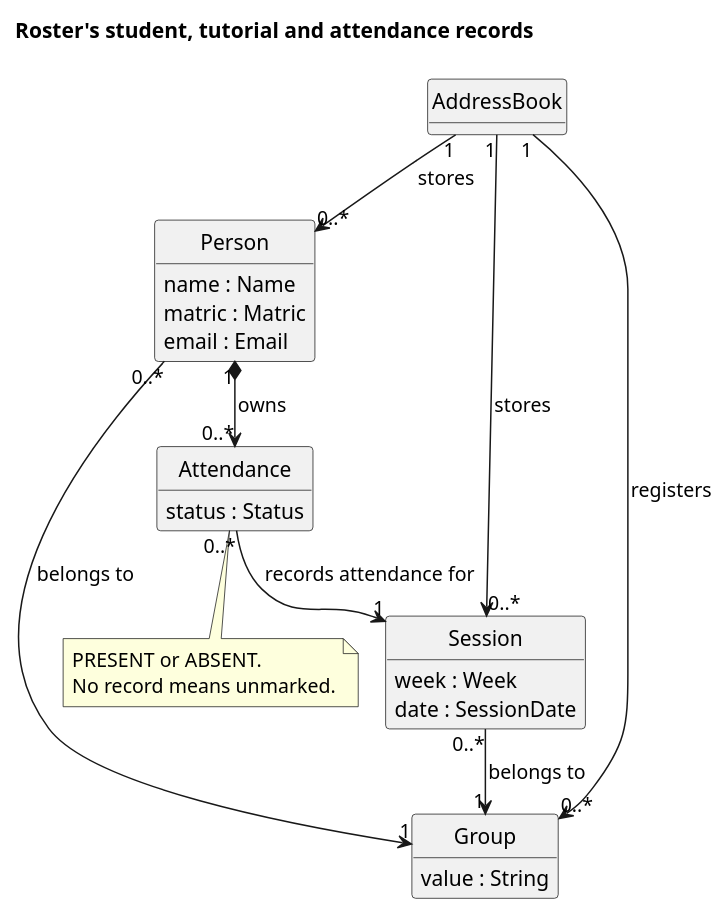
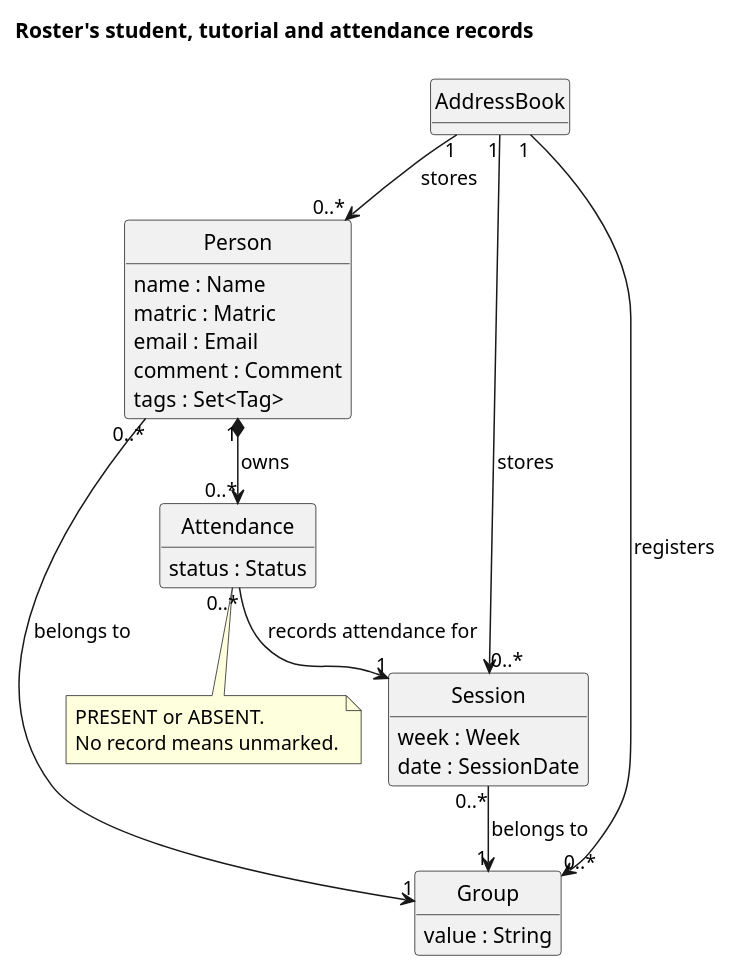
Before and after one commit to AY2627S1-CS2103T-F12-4/tp: the diagram in docs/diagrams/RosterModelClassDiagram.puml, drawn with PlantUML. The commit also changed 11 other files, not shown here.

First line of the commit message:
Update UML diagrams to match v1.4

```diff
--- a/docs/diagrams/RosterModelClassDiagram.puml
+++ b/docs/diagrams/RosterModelClassDiagram.puml
@@ -1,35 +1,37 @@
 @startuml
 !pragma layout smetana
 skinparam Shadowing false
 skinparam ClassAttributeIconSize 0
 hide methods
 hide circle
 title Roster's student, tutorial and attendance records
 class AddressBook
 class Person {
     name : Name
     matric : Matric
     email : Email
+    comment : Comment
+    tags : Set<Tag>
 }
 class Group {
     value : String
 }
 class Session {
     week : Week
     date : SessionDate
 }
 class Attendance {
     status : Status
 }
 AddressBook "1" --> "0..*" Person : stores
 AddressBook "1" --> "0..*" Group : registers
 AddressBook "1" --> "0..*" Session : stores
 Person "0..*" --> "1" Group : belongs to
 Session "0..*" --> "1" Group : belongs to
 Person "1" *--> "0..*" Attendance : owns
 Attendance "0..*" --> "1" Session : records attendance for
 note bottom of Attendance
   PRESENT or ABSENT.
   No record means unmarked.
 end note
 @enduml
```
